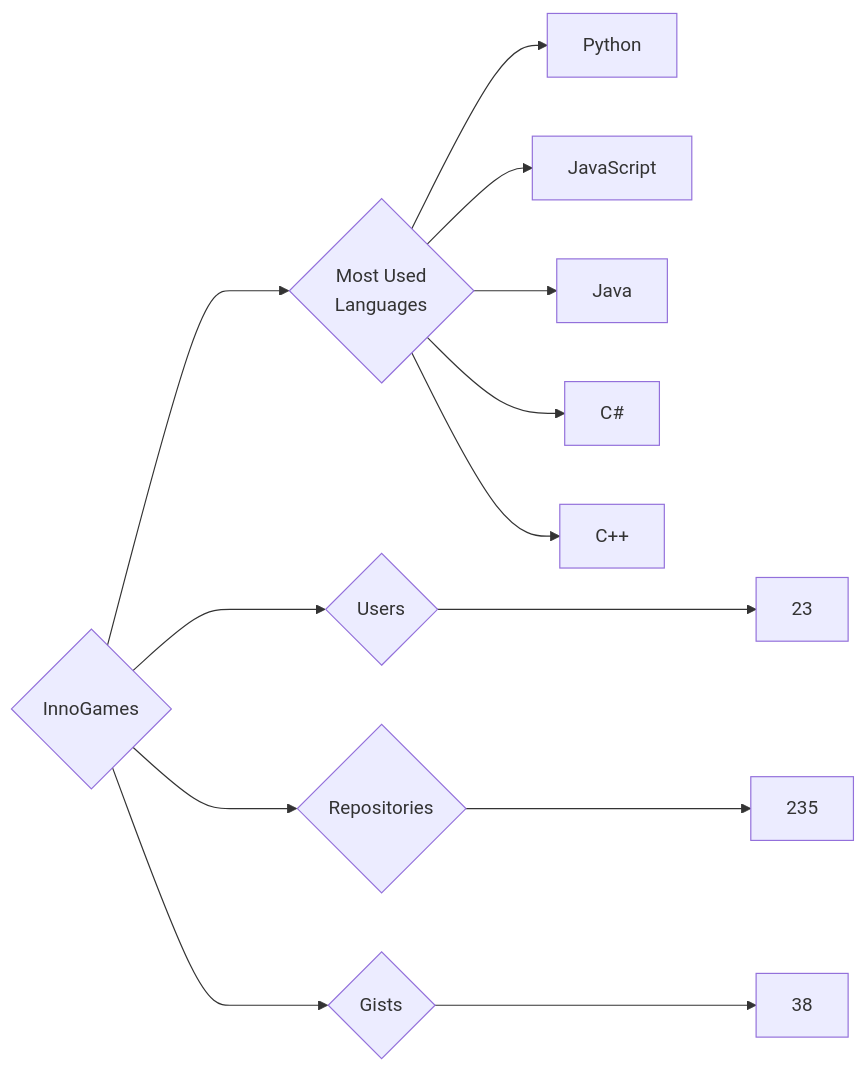
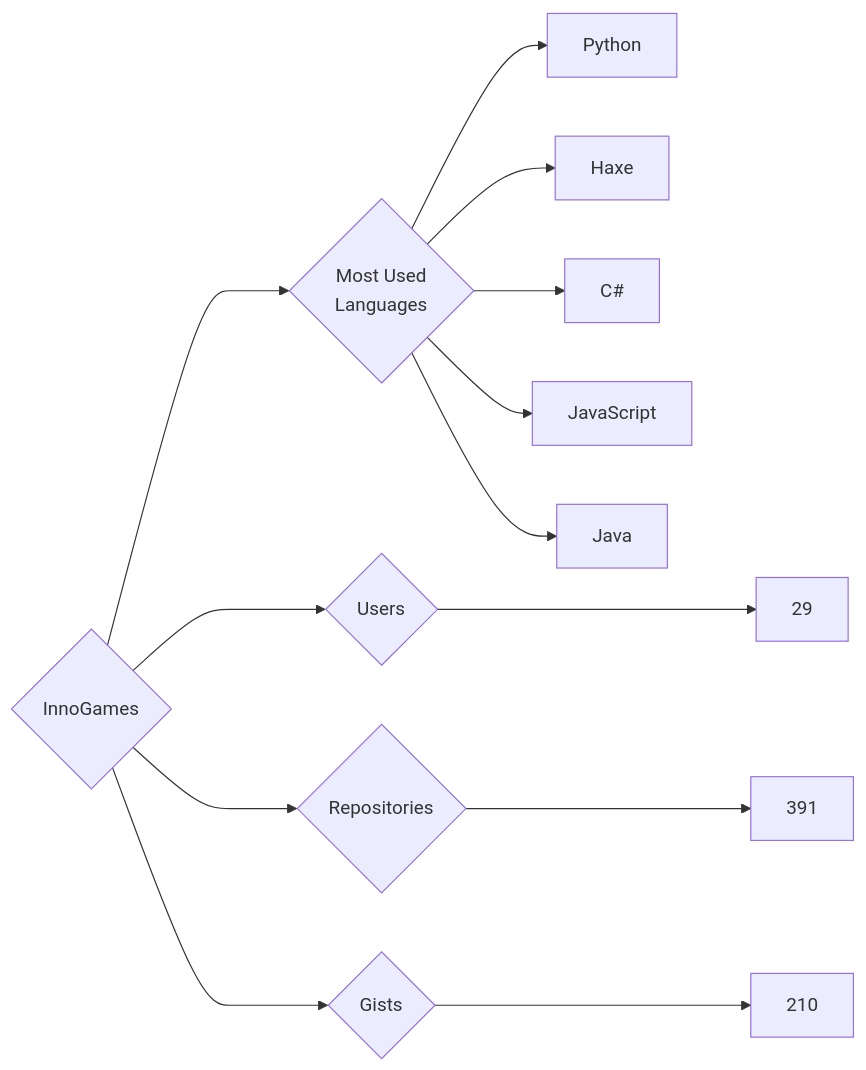
One commit to trickest/insiders changed the diagram in targets/InnoGames/README.md. Above: the diagram before and after it, drawn with Mermaid. The commit also changed 895 other files, not shown here.

````diff
--- a/targets/InnoGames/README.md
+++ b/targets/InnoGames/README.md
@@ -3,13 +3,13 @@
 ```mermaid
 graph LR
 COMPANY_NAME{InnoGames}
-COMPANY_NAME ---> U{Users} ---> UN[23]
-COMPANY_NAME ---> R{Repositories} ---> RN[235]
-COMPANY_NAME ---> G{Gists} ---> GN[38]
+COMPANY_NAME ---> U{Users} ---> UN[29]
+COMPANY_NAME ---> R{Repositories} ---> RN[391]
+COMPANY_NAME ---> G{Gists} ---> GN[210]
 COMPANY_NAME ---> ML{Most Used<br>Languages}
 ML --> Python[Python]
+ML --> Haxe[Haxe]
+ML --> C#[C#]
 ML --> JavaScript[JavaScript]
 ML --> Java[Java]
-ML --> C#[C#]
-ML --> C++[C++]
 ```
````
